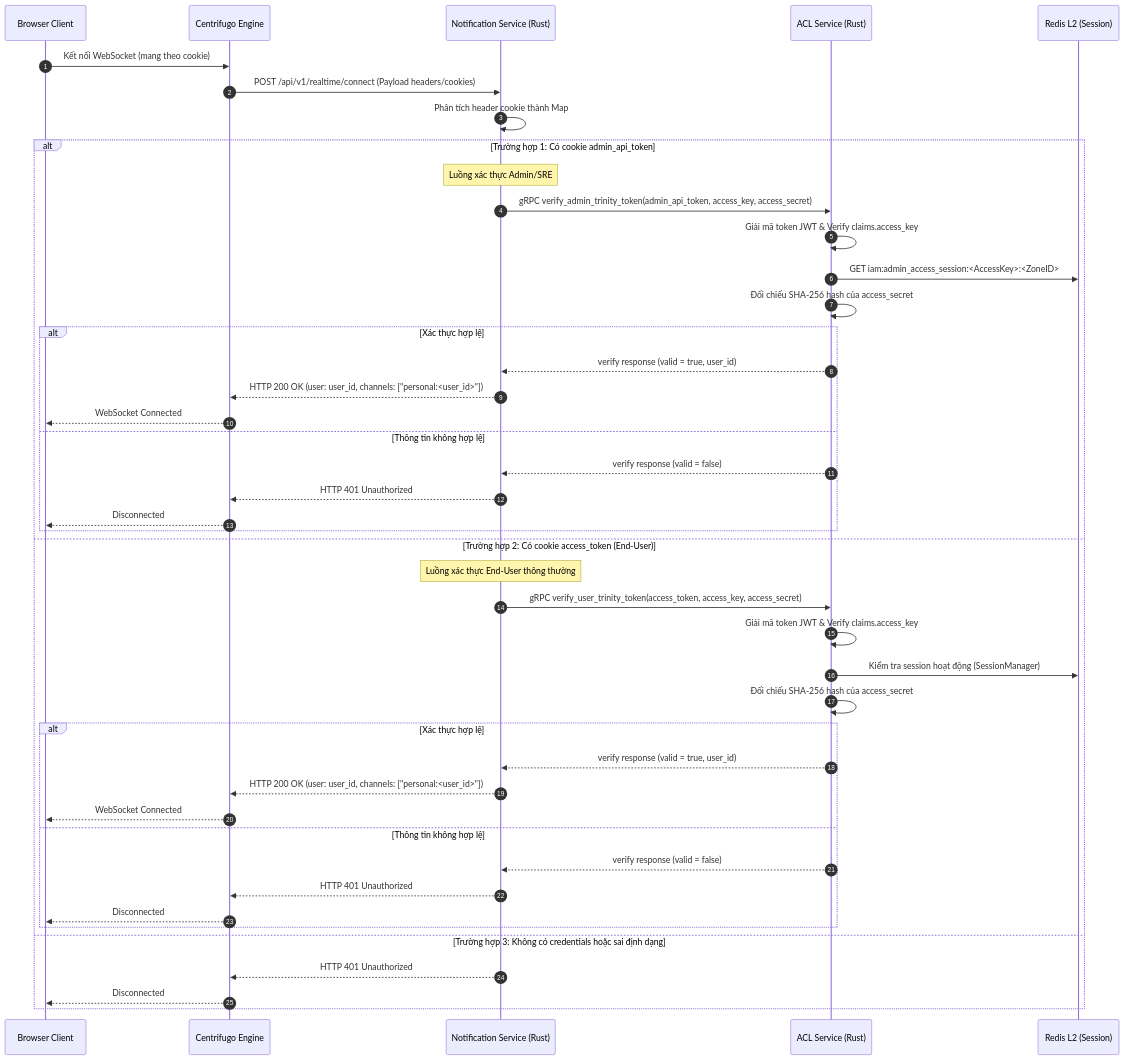
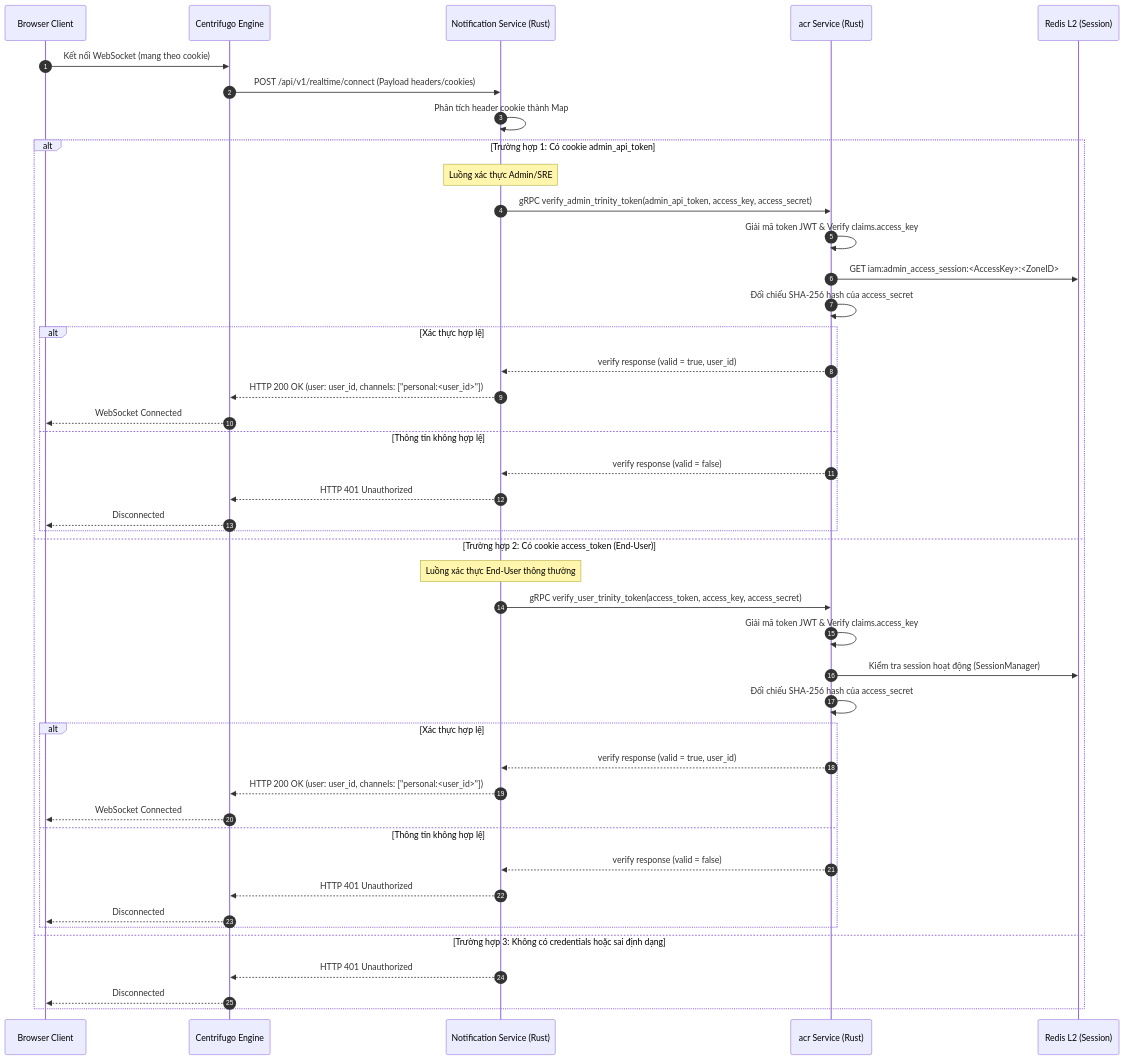
One commit to phucle996/aurora changed the second of 2 diagrams in god_view/notification/centrifugo_auth_god_view_workflow.md. Above: the diagram before and after it, drawn with Mermaid. The commit also changed other lines of this file and 72 other files, not shown here.

Commit message:
refactor: remove policy engine and modularize session management service

````diff
--- a/god_view/notification/centrifugo_auth_god_view_workflow.md
+++ b/god_view/notification/centrifugo_auth_god_view_workflow.md
@@ -60,50 +60,50 @@
 ```mermaid
 sequenceDiagram
     autonumber
     participant UI as Browser Client
     participant CF as Centrifugo Engine
     participant NS as Notification Service (Rust)
-    participant ACL as ACL Service (Rust)
+    participant acr as acr Service (Rust)
     participant L2 as Redis L2 (Session)
 
     UI->>CF: Kết nối WebSocket (mang theo cookie)
     CF->>NS: POST /api/v1/realtime/connect (Payload headers/cookies)
     NS->>NS: Phân tích header cookie thành Map
 
     alt Trường hợp 1: Có cookie admin_api_token
         Note over NS: Luồng xác thực Admin/SRE
-        NS->>ACL: gRPC verify_admin_trinity_token(admin_api_token, access_key, access_secret)
-        ACL->>ACL: Giải mã token JWT & Verify claims.access_key
-        ACL->>L2: GET iam:admin_access_session:<AccessKey>:<ZoneID>
-        ACL->>ACL: Đối chiếu SHA-256 hash của access_secret
+        NS->>acr: gRPC verify_admin_trinity_token(admin_api_token, access_key, access_secret)
+        acr->>acr: Giải mã token JWT & Verify claims.access_key
+        acr->>L2: GET iam:admin_access_session:<AccessKey>:<ZoneID>
+        acr->>acr: Đối chiếu SHA-256 hash của access_secret
         alt Xác thực hợp lệ
-            ACL-->>NS: verify response (valid = true, user_id)
+            acr-->>NS: verify response (valid = true, user_id)
             NS-->>CF: HTTP 200 OK (user: user_id, channels: ["personal:<user_id>"])
             CF-->>UI: WebSocket Connected
         else Thông tin không hợp lệ
-            ACL-->>NS: verify response (valid = false)
+            acr-->>NS: verify response (valid = false)
             NS-->>CF: HTTP 401 Unauthorized
             CF-->>UI: Disconnected
         end
 
     else Trường hợp 2: Có cookie access_token (End-User)
         Note over NS: Luồng xác thực End-User thông thường
-        NS->>ACL: gRPC verify_user_trinity_token(access_token, access_key, access_secret)
-        ACL->>ACL: Giải mã token JWT & Verify claims.access_key
-        ACL->>L2: Kiểm tra session hoạt động (SessionManager)
-        ACL->>ACL: Đối chiếu SHA-256 hash của access_secret
+        NS->>acr: gRPC verify_user_trinity_token(access_token, access_key, access_secret)
+        acr->>acr: Giải mã token JWT & Verify claims.access_key
+        acr->>L2: Kiểm tra session hoạt động (SessionManager)
+        acr->>acr: Đối chiếu SHA-256 hash của access_secret
         alt Xác thực hợp lệ
-            ACL-->>NS: verify response (valid = true, user_id)
+            acr-->>NS: verify response (valid = true, user_id)
             NS-->>CF: HTTP 200 OK (user: user_id, channels: ["personal:<user_id>"])
             CF-->>UI: WebSocket Connected
         else Thông tin không hợp lệ
-            ACL-->>NS: verify response (valid = false)
+            acr-->>NS: verify response (valid = false)
             NS-->>CF: HTTP 401 Unauthorized
             CF-->>UI: Disconnected
         end
 
     else Trường hợp 3: Không có credentials hoặc sai định dạng
         NS-->>CF: HTTP 401 Unauthorized
         CF-->>UI: Disconnected
     end
 ```
````
